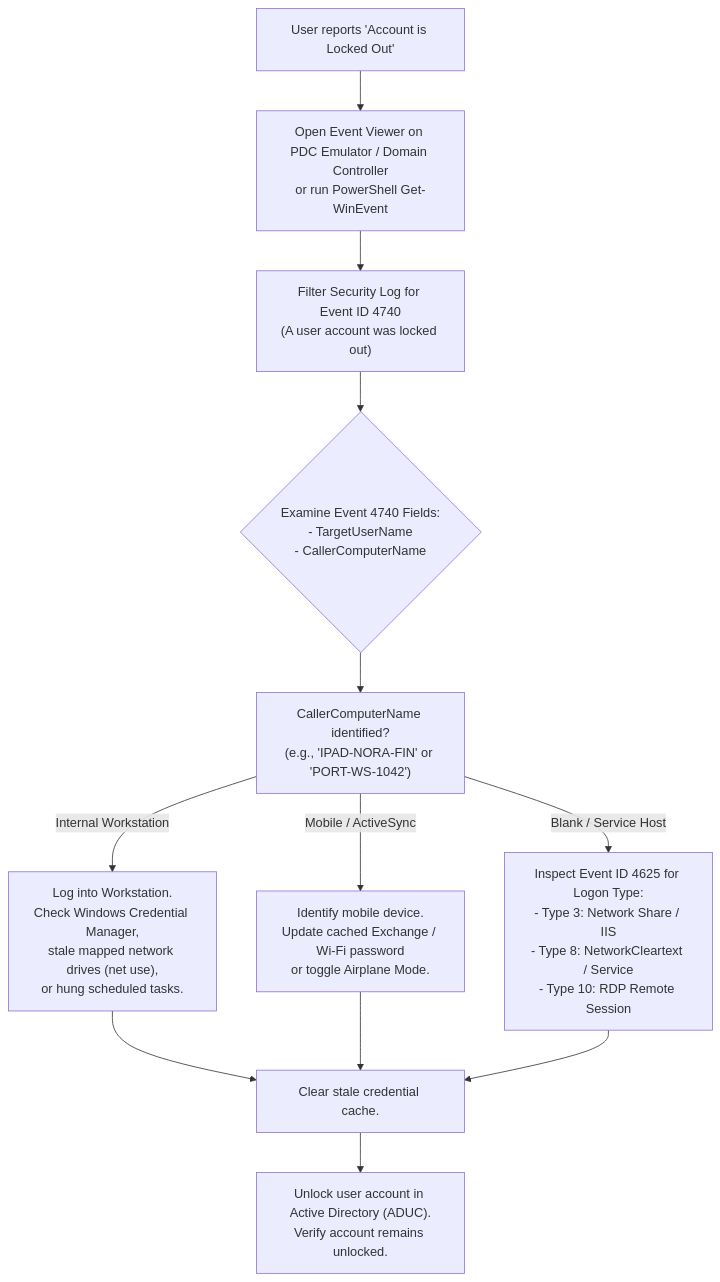
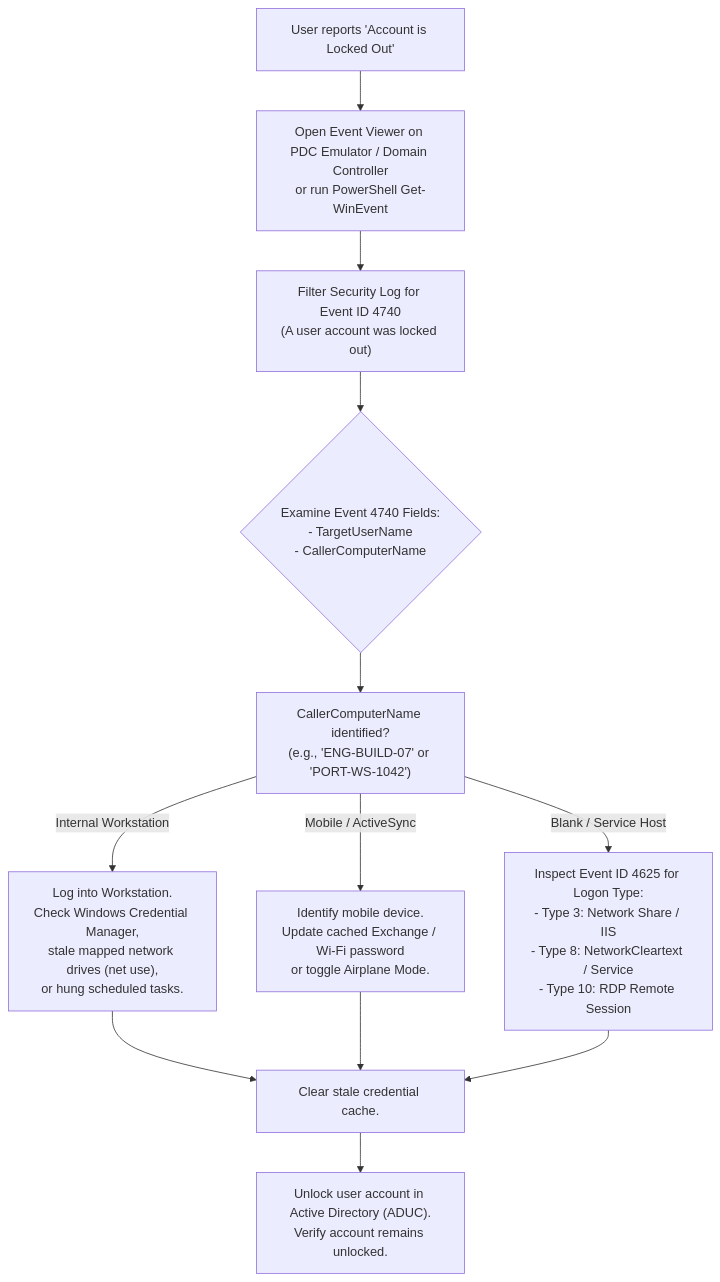
The third of 3 diagrams in docs/portland-desk/workbench/08-prove-who-you-are.md (cwarloe/learning-narrative-kit), drawn with Mermaid before and after one commit. The commit also changed other lines of this file and 13 other files, not shown here.

````diff
--- a/docs/portland-desk/workbench/08-prove-who-you-are.md
+++ b/docs/portland-desk/workbench/08-prove-who-you-are.md
@@ -160,14 +160,14 @@
 ```mermaid
 flowchart TD
     A["User reports 'Account is Locked Out'"] --> B["Open Event Viewer on PDC Emulator / Domain Controller<br/>or run PowerShell Get-WinEvent"]
     B --> C["Filter Security Log for Event ID 4740<br/>(A user account was locked out)"]
     C --> D{"Examine Event 4740 Fields:<br/>- TargetUserName<br/>- CallerComputerName"}
-    D --> E["CallerComputerName identified?<br/>(e.g., 'IPAD-NORA-FIN' or 'PORT-WS-1042')"]
+    D --> E["CallerComputerName identified?<br/>(e.g., 'ENG-BUILD-07' or 'PORT-WS-1042')"]
     E -- Internal Workstation --> F["Log into Workstation.<br/>Check Windows Credential Manager,<br/>stale mapped network drives (net use),<br/>or hung scheduled tasks."]
     E -- Mobile / ActiveSync --> G["Identify mobile device.<br/>Update cached Exchange / Wi-Fi password<br/>or toggle Airplane Mode."]
     E -- Blank / Service Host --> H["Inspect Event ID 4625 for Logon Type:<br/>- Type 3: Network Share / IIS<br/>- Type 8: NetworkCleartext / Service<br/>- Type 10: RDP Remote Session"]
     F --> I["Clear stale credential cache."]
     G --> I
     H --> I
     I --> J["Unlock user account in Active Directory (ADUC).<br/>Verify account remains unlocked."]
 ```
````
